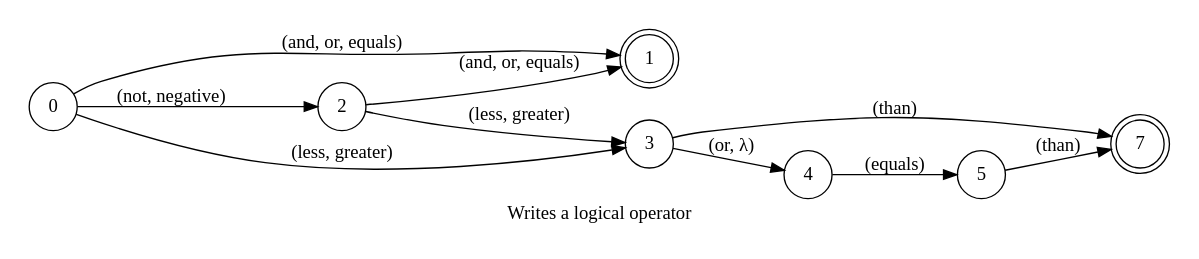
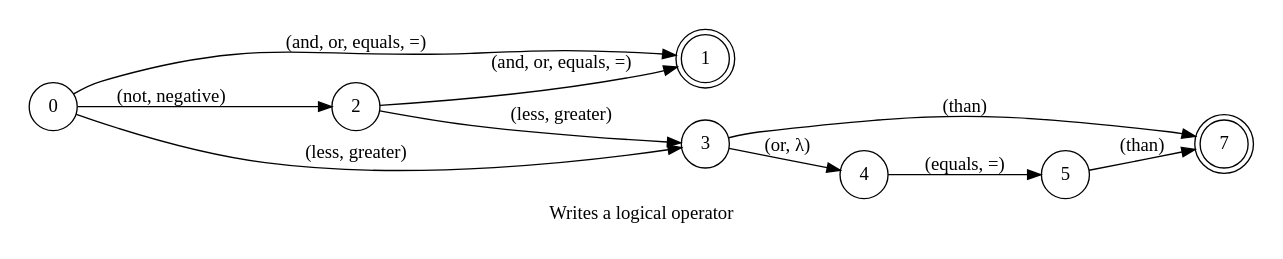
The diagram in spoken/src/modules/typescript/logical_operator/phrase_en-US.dot (pedrooaugusto/speech-to-code), drawn with Graphviz before and after one commit. The commit also changed 19 other files, not shown here.

```diff
--- a/spoken/src/modules/typescript/logical_operator/phrase_en-US.dot
+++ b/spoken/src/modules/typescript/logical_operator/phrase_en-US.dot
@@ -1,21 +1,21 @@
 digraph LogicalOperator {
     id="logical_operator";
     label="Writes a logical operator";
     lang="en-US";
     langName="English";
     pad="0.2";
     rankdir=LR;
     alias="true";
     node[shape=doublecircle]; 1 7;
     node[shape=circle];
 
-    {0 2} -> 1 [label="(and, or, equals)", store=logicalOperator];
+    {0 2} -> 1 [label="(and, or, equals, =)", store=logicalOperator];
     0 -> 2 [label="(not, negative)", store=isNegative, normalizer=boolean];
     {0 2} -> 3 [label="(less, greater)", store=inequalityOperator];
     3 -> 4 [label="(or, λ)"];
-    4 -> 5 [label="(equals)", store=orEqual, normalizer=boolean];
+    4 -> 5 [label="(equals, =)", store=orEqual, normalizer=boolean];
     {3 5} -> 7 [label="(than)"];
 
     title="Writes a logical operator";
     desc="Writes a logical operator (===, !==, &&, ||, >, <, >=, <=) meant to be used inside expressions";
 }
```
